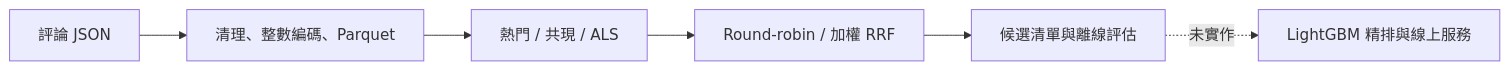
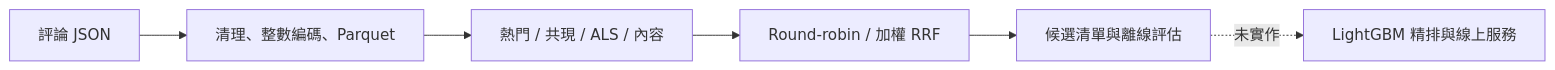
One commit to mina201199/amazon-recsys-571m changed the diagram in README.md. Above: the diagram before and after it, drawn with Mermaid. The commit also changed other lines of this file and 3 other files, not shown here.

````diff
--- a/README.md
+++ b/README.md
@@ -16,8 +16,8 @@
 ```mermaid
 flowchart LR
     A[評論 JSON] --> B[清理、整數編碼、Parquet]
-    B --> C[熱門 / 共現 / ALS]
+    B --> C[熱門 / 共現 / ALS / 內容]
     C --> D[Round-robin / 加權 RRF]
     D --> E[候選清單與離線評估]
     E -. 未實作 .-> F[LightGBM 精排與線上服務]
 ```
````
